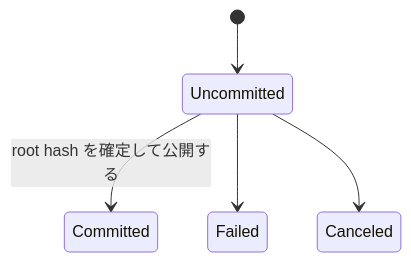
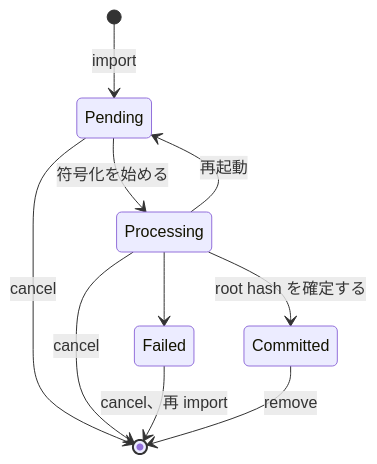
Before and after one commit to omnius-labs/axus: the second of 3 diagrams in docs/design/file-transfer.md, drawn with Mermaid. The commit also changed other lines of this file and 13 other files, not shown here.

````diff
--- a/docs/design/file-transfer.md
+++ b/docs/design/file-transfer.md
@@ -63,7 +88,12 @@
 ```mermaid
 stateDiagram-v2
-    [*] --> Uncommitted
-    Uncommitted --> Committed: root hash を確定して公開する
-    Uncommitted --> Failed
-    Uncommitted --> Canceled
+    [*] --> Pending: import
+    Pending --> Processing: 符号化を始める
+    Processing --> Pending: 再起動
+    Processing --> Failed
+    Processing --> Committed: root hash を確定する
+    Pending --> [*]: cancel
+    Processing --> [*]: cancel
+    Failed --> [*]: cancel、再 import
+    Committed --> [*]: remove
 ```
````
